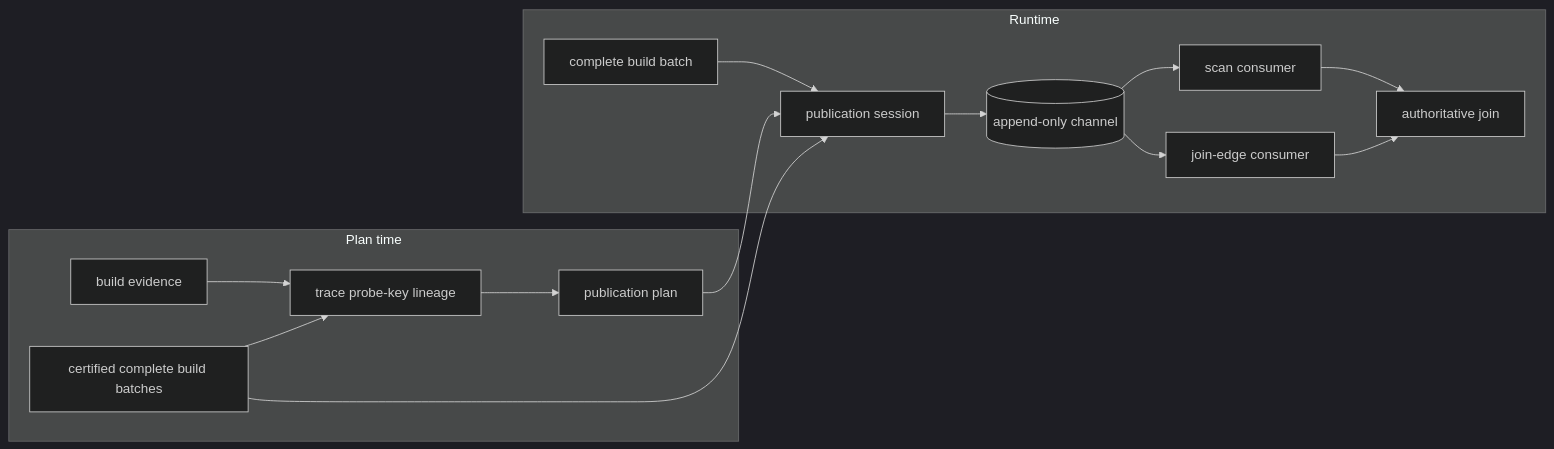
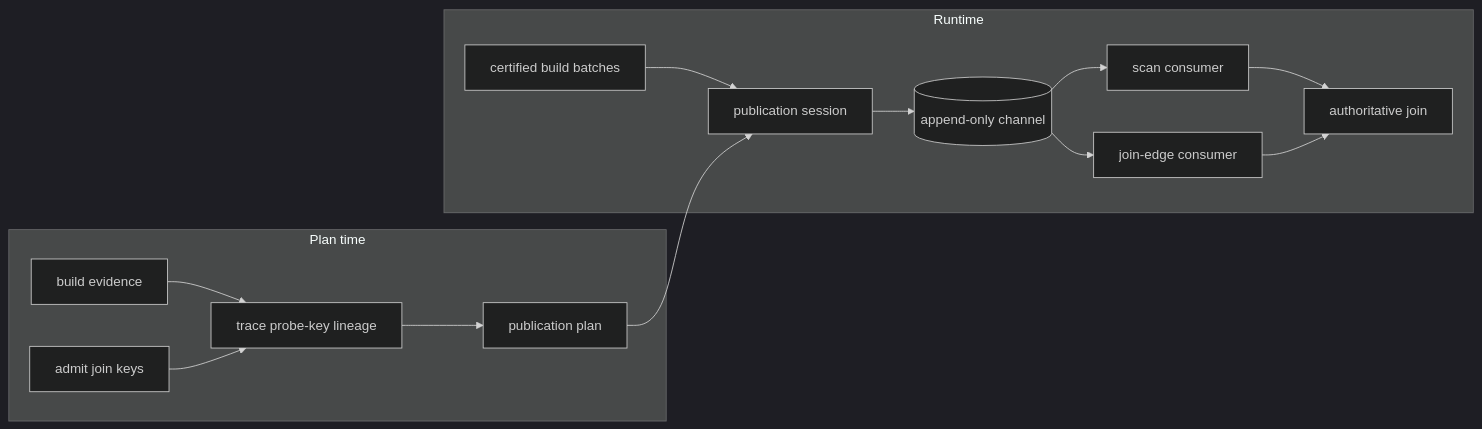
Before and after one commit to sirius-db/sirius: the second of 2 diagrams in docs/super-sirius/dynamic-filters.md, drawn with Mermaid (dark theme). The commit also changed other lines of this file and 11 other files, not shown here.

````diff
--- a/docs/super-sirius/dynamic-filters.md
+++ b/docs/super-sirius/dynamic-filters.md
@@ -36,19 +36,18 @@
 ```mermaid
 flowchart LR
     subgraph PLAN["Plan time"]
         E["build evidence"] --> D["trace probe-key lineage"]
         A["admit join keys"] --> D
         D --> P["publication plan"]
     end
 
     subgraph RUN["Runtime"]
-        B["complete build batch"] --> U["publication session"]
-        A["certified complete build batches"] --> U
+        B["certified build batches"] --> U["publication session"]
         P --> U
         U --> C[("append-only channel")]
         C --> S["scan consumer"]
         C --> X["join-edge consumer"]
         S --> J["authoritative join"]
         X --> J
     end
 ```
````
